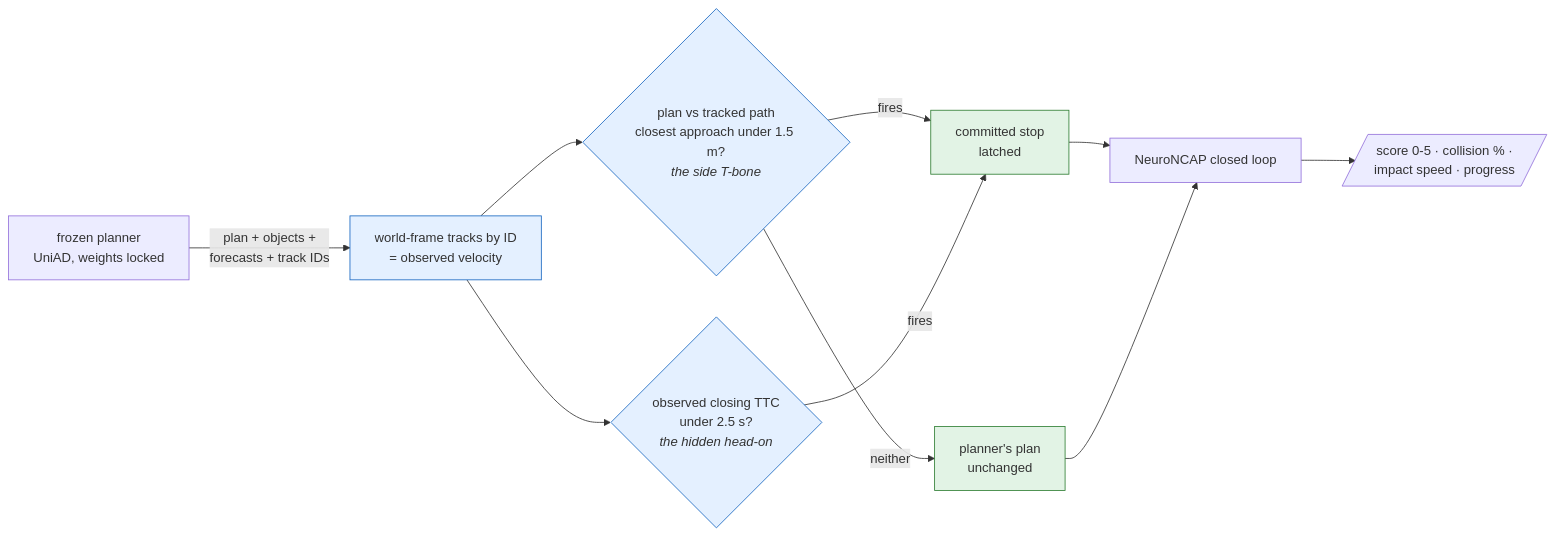
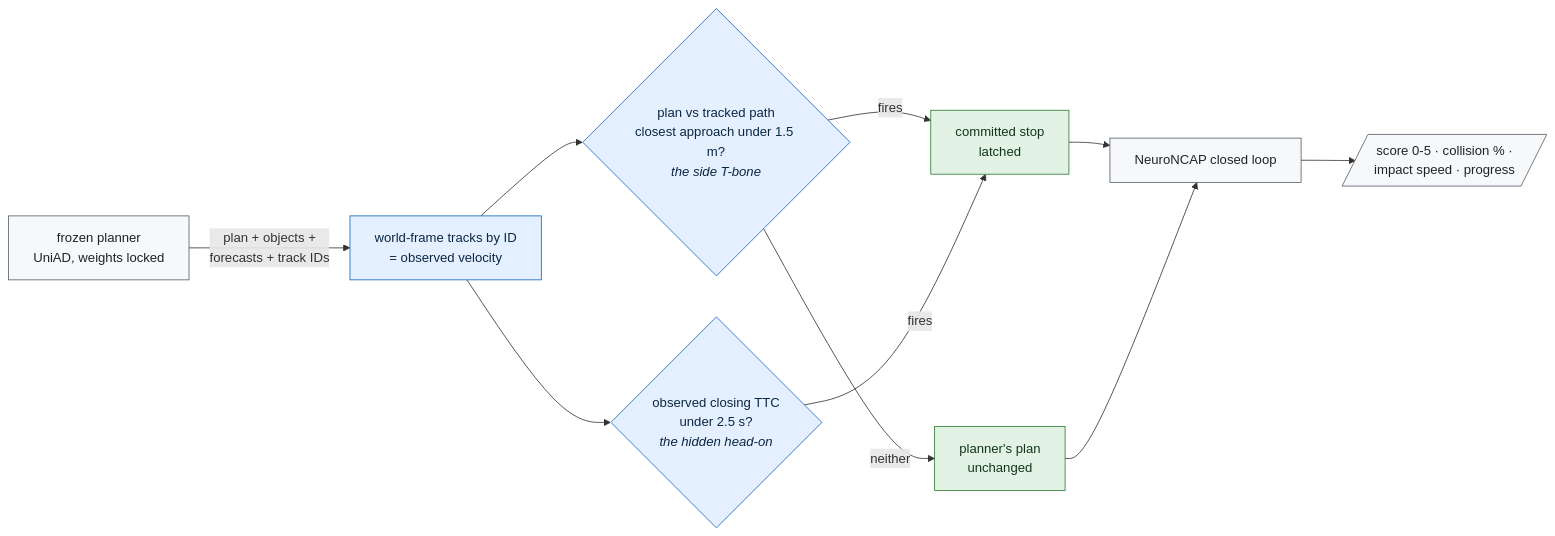
Before and after one commit to manfromnowhere143/sentinel: the second of 3 diagrams in README.md, drawn with Mermaid. The commit also changed other lines of this file, not shown here.

First line of the commit message:
README diagrams: explicit text color on every node class — dark-mode readable

````diff
--- a/README.md
+++ b/README.md
@@ -97,16 +97,18 @@
 ```mermaid
 flowchart LR
   P["frozen planner<br/>UniAD, weights locked"] -- "plan + objects +<br/>forecasts + track IDs" --> A
   A["world-frame tracks by ID<br/>= observed velocity"] --> C{"plan vs tracked path<br/>closest approach under 1.5 m?<br/><i>the side T-bone</i>"}
   A --> T{"observed closing TTC<br/>under 2.5 s?<br/><i>the hidden head-on</i>"}
   C -- fires --> B["committed stop<br/>latched"]
   T -- fires --> B
   C -- neither --> E["planner's plan<br/>unchanged"]
   B --> S["NeuroNCAP closed loop"]
   E --> S
   S --> R[/"score 0-5 · collision % ·<br/>impact speed · progress"/]
-  classDef mon fill:#e4f0ff,stroke:#1565c0;
-  classDef act fill:#e2f3e5,stroke:#2e7d32;
+  classDef mon fill:#e4f0ff,stroke:#1565c0,color:#0c2742;
+  classDef act fill:#e2f3e5,stroke:#2e7d32,color:#13361b;
+  classDef base fill:#f6f8fa,stroke:#57606a,color:#1f2328;
   class A,C,T mon;
   class B,E act;
+  class P,S,R base;
 ```
````
